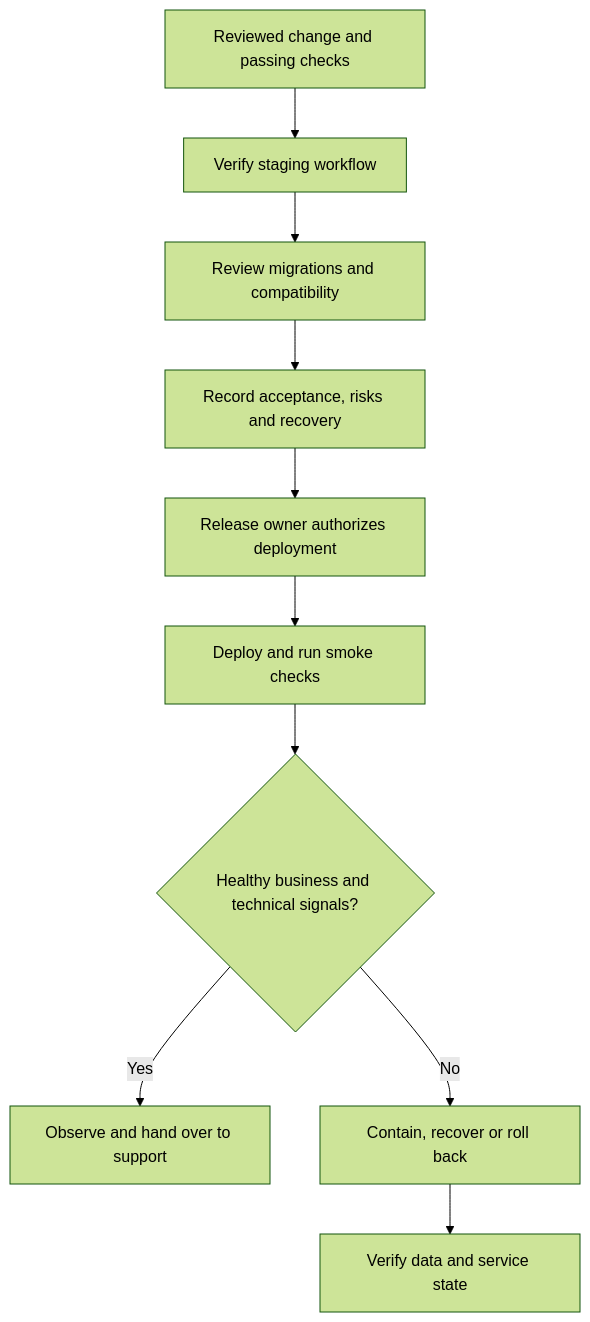
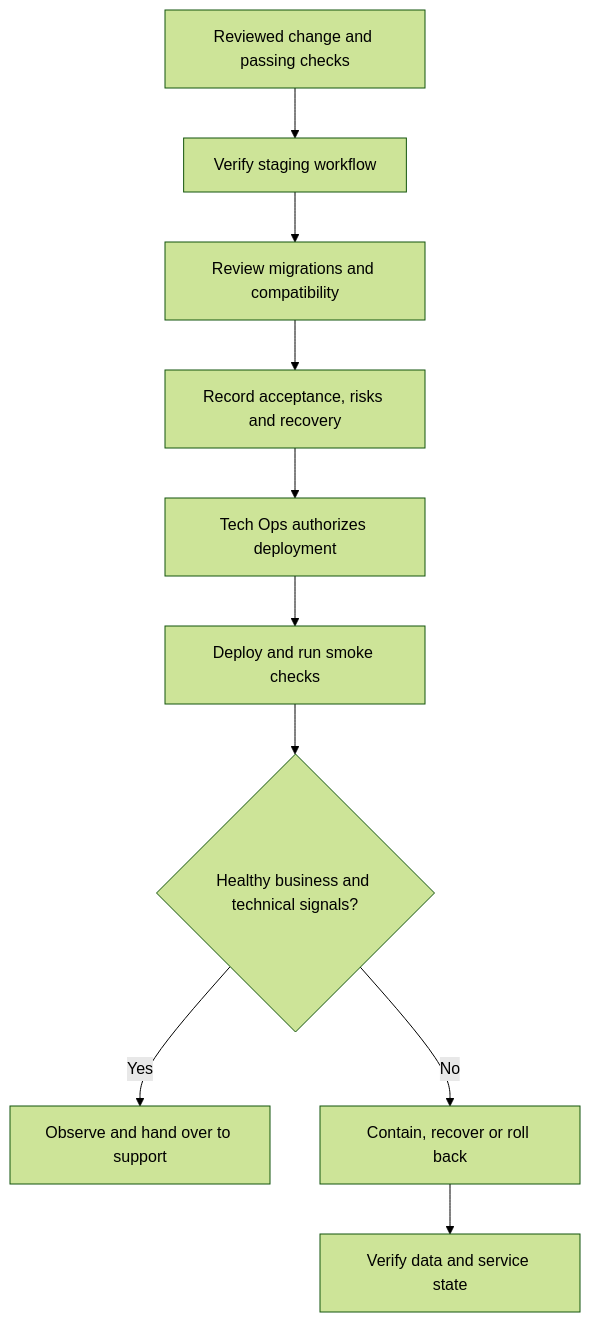
One commit to NextEdgelabs/nextedge-docs changed the first of 2 diagrams in engineering/releases-and-incidents.mdx. Above: the diagram before and after it, drawn with Mermaid (forest theme). The commit also changed other lines of this file and 16 other files, not shown here.

````diff
--- a/engineering/releases-and-incidents.mdx
+++ b/engineering/releases-and-incidents.mdx
@@ -11,12 +11,12 @@
 ```mermaid
 flowchart TB
   A["Reviewed change and passing checks"] --> B["Verify staging workflow"]
   B --> C["Review migrations and compatibility"]
   C --> D["Record acceptance, risks and recovery"]
-  D --> E["Release owner authorizes deployment"]
+  D --> E["Tech Ops authorizes deployment"]
   E --> F["Deploy and run smoke checks"]
   F --> G{"Healthy business and technical signals?"}
   G -->|Yes| H["Observe and hand over to support"]
   G -->|No| I["Contain, recover or roll back"]
   I --> J["Verify data and service state"]
 ```
````
